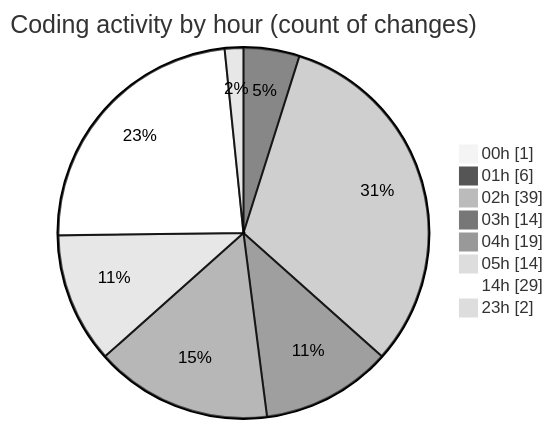
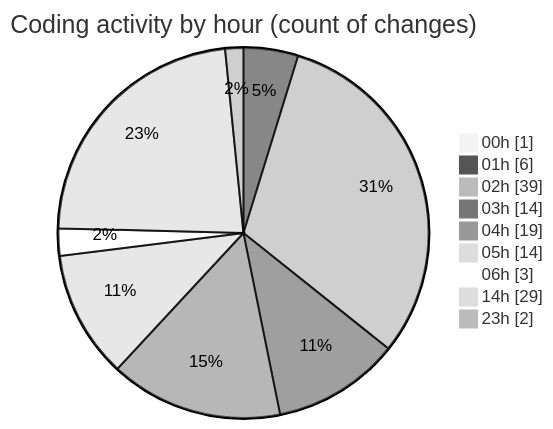
The second of 2 diagrams in 2025-02-19/masm/README.md (charlie-sans/code-tracking), drawn with Mermaid (neutral theme) before and after one commit. The commit also changed other lines of this file and 1 other file, not shown here.

````diff
--- a/2025-02-19/masm/README.md
+++ b/2025-02-19/masm/README.md
@@ -53,12 +53,13 @@
 ```mermaid
 pie showData
 title Coding activity by hour (count of changes)
 "00h" : 1
 "01h" : 6
 "02h" : 39
 "03h" : 14
 "04h" : 19
 "05h" : 14
+"06h" : 3
 "14h" : 29
 "23h" : 2
 ```
````
